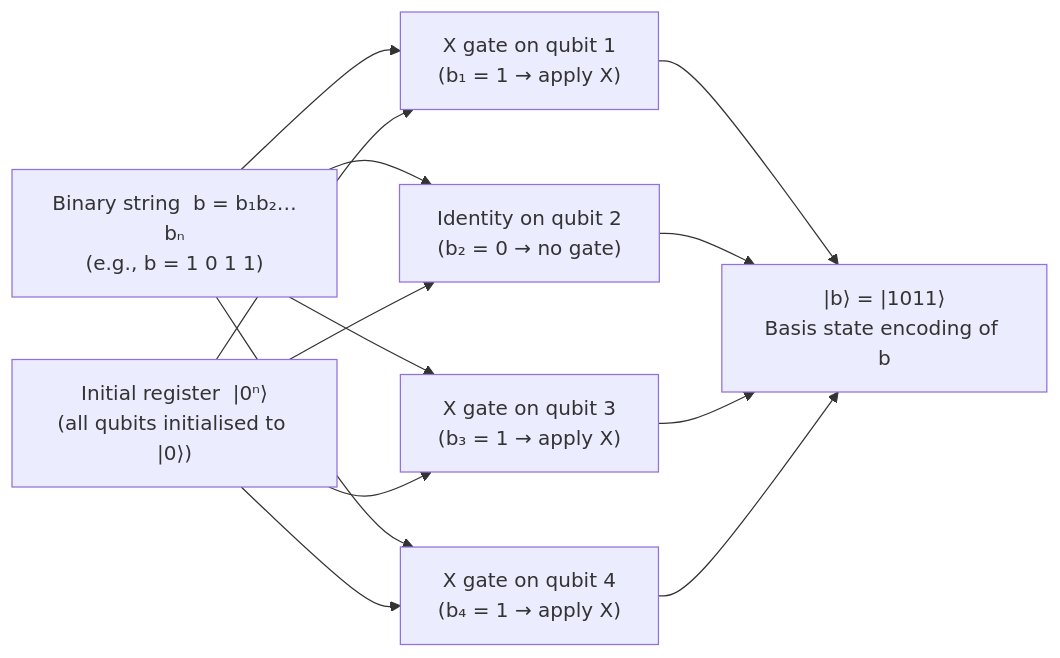
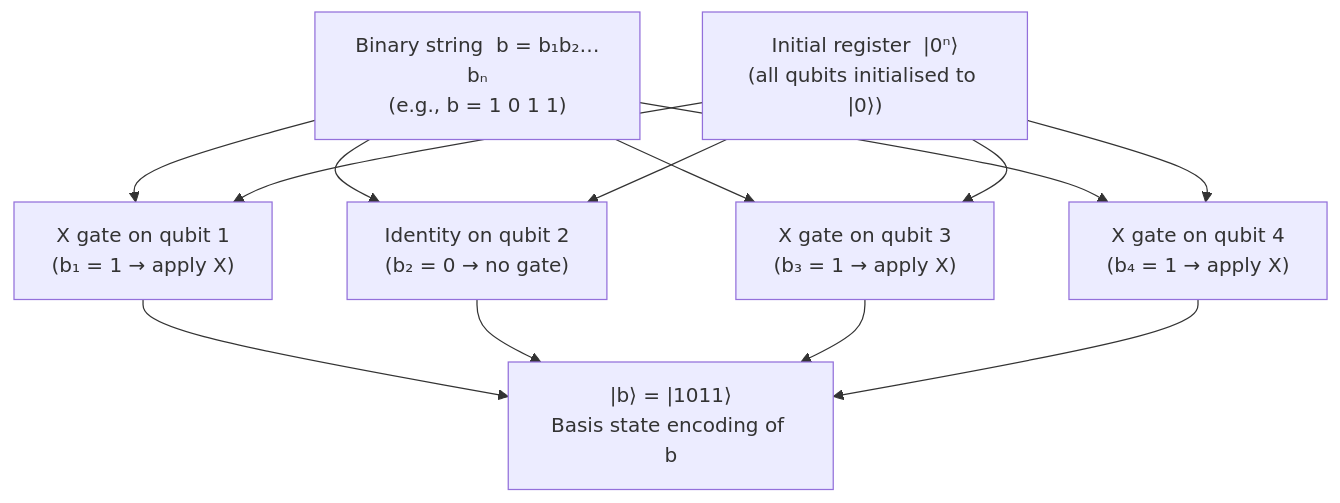
The diagram in Q+ATLANTIDE/900-999_QCSAA/910-919_Quantum-Machine-Learning-e-IA-Cuantica/911_Quantum-Feature-Maps-and-Embeddings/004_Basis-Encoding.md (AmedeoPelliccia/Qplus-For-All-Queer-People-and-Quantum), drawn with Mermaid before and after one commit.

Commit message:
docs(QCSAA-911): fix diagram orientation in 004_Basis-Encoding.md
Use TD (top-down) instead of LR for consistency with all other
Mermaid diagrams in the 911 subsection.

````diff
--- a/Q+ATLANTIDE/900-999_QCSAA/910-919_Quantum-Machine-Learning-e-IA-Cuantica/911_Quantum-Feature-Maps-and-Embeddings/004_Basis-Encoding.md
+++ b/Q+ATLANTIDE/900-999_QCSAA/910-919_Quantum-Machine-Learning-e-IA-Cuantica/911_Quantum-Feature-Maps-and-Embeddings/004_Basis-Encoding.md
@@ -55,23 +55,23 @@
 ```mermaid
-flowchart LR
+flowchart TD
     B["Binary string  b = b₁b₂…bₙ<br/>(e.g., b = 1 0 1 1)"]
     ZERO["Initial register  |0ⁿ⟩<br/>(all qubits initialised to |0⟩)"]
     X1["X gate on qubit 1<br/>(b₁ = 1 → apply X)"]
     ID2["Identity on qubit 2<br/>(b₂ = 0 → no gate)"]
     X3["X gate on qubit 3<br/>(b₃ = 1 → apply X)"]
     X4["X gate on qubit 4<br/>(b₄ = 1 → apply X)"]
     STATE["|b⟩ = |1011⟩<br/>Basis state encoding of b"]
 
     B --> X1
     B --> ID2
     B --> X3
     B --> X4
     ZERO --> X1
     ZERO --> ID2
     ZERO --> X3
     ZERO --> X4
     X1 --> STATE
     ID2 --> STATE
     X3 --> STATE
     X4 --> STATE
 ```
````
